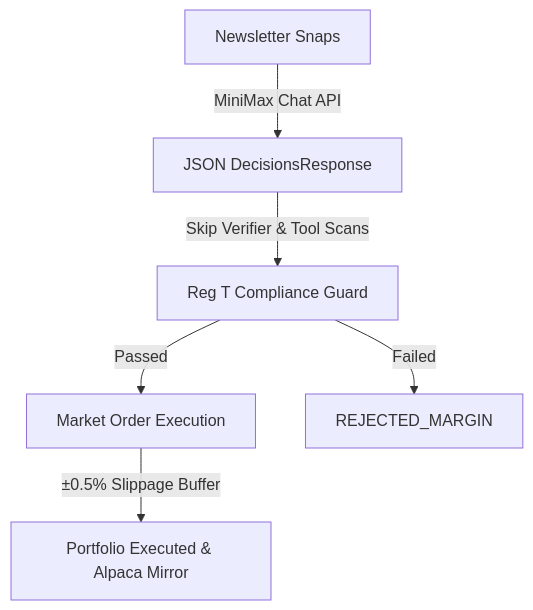
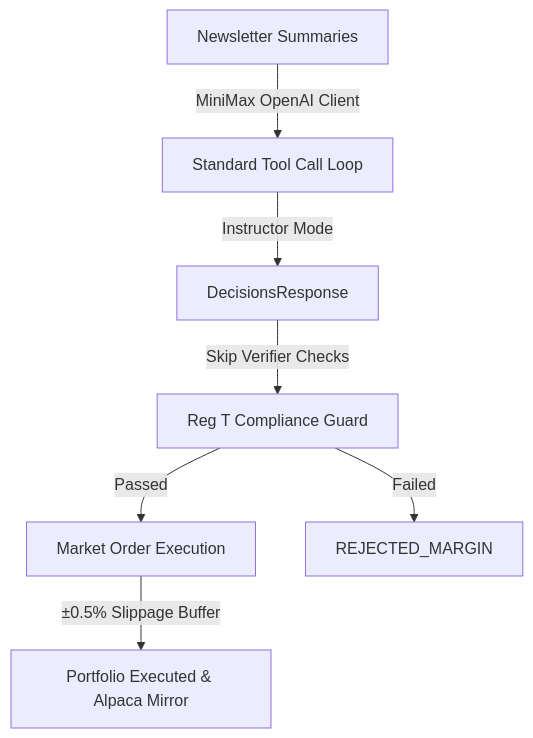
One commit to g-vega-cl/llm-market-bench changed the diagram in wiki/concepts/minimax-portfolio.md. Above: the diagram before and after it, drawn with Mermaid. The commit also changed other lines of this file and 21 other files, not shown here.

Commit message:
feat(engine): add DeepSeek flash newsletter summaries to Minimax pipeline

````diff
--- a/wiki/concepts/minimax-portfolio.md
+++ b/wiki/concepts/minimax-portfolio.md
@@ -16,8 +16,9 @@
 ```mermaid
 graph TD
-    A[Newsletter Snaps] -->|MiniMax Chat API| B[JSON DecisionsResponse]
-    B -->|Skip Verifier & Tool Scans| C[Reg T Compliance Guard]
-    C -->|Passed| D[Market Order Execution]
-    C -->|Failed| E[REJECTED_MARGIN]
-    D -->|±0.5% Slippage Buffer| F[Portfolio Executed & Alpaca Mirror]
+    A[Newsletter Summaries] -->|MiniMax OpenAI Client| B[Standard Tool Call Loop]
+    B -->|Instructor Mode| C[DecisionsResponse]
+    C -->|Skip Verifier Checks| D[Reg T Compliance Guard]
+    D -->|Passed| E[Market Order Execution]
+    D -->|Failed| F[REJECTED_MARGIN]
+    E -->|±0.5% Slippage Buffer| G[Portfolio Executed & Alpaca Mirror]
 ```
````
